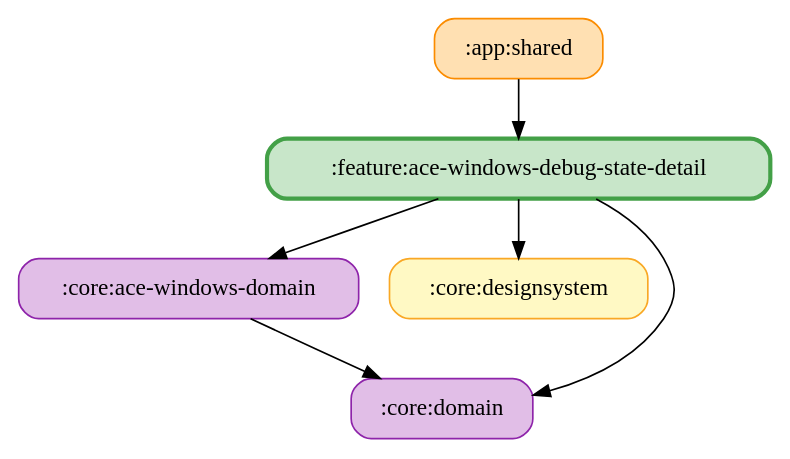
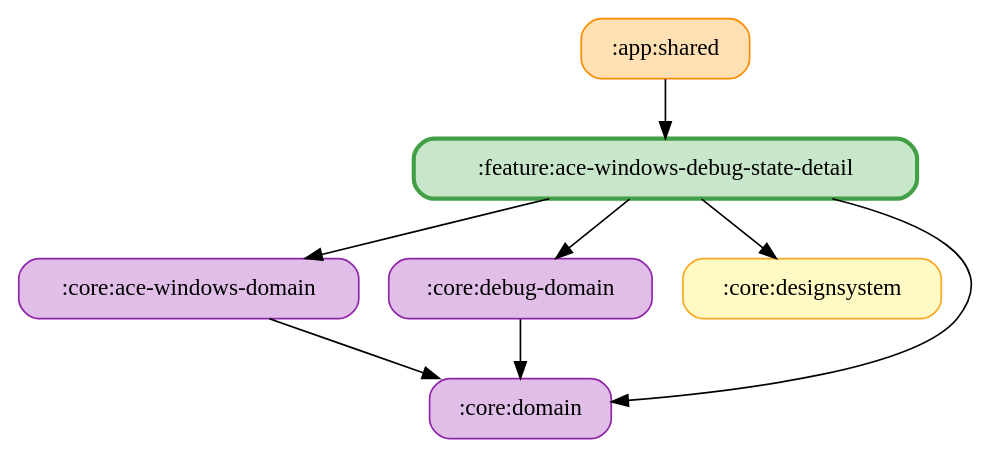
The diagram in docs/graphs/feature-ace-windows-debug-state-detail.gv (ai-kurou/KoDriver), drawn with Graphviz before and after one commit. The commit also changed 31 other files, not shown here.

Commit message:
chore: update module graph images

```diff
--- a/docs/graphs/feature-ace-windows-debug-state-detail.gv
+++ b/docs/graphs/feature-ace-windows-debug-state-detail.gv
@@ -1,14 +1,17 @@
 digraph G {
   rankdir=TB
   node [shape=box, style="rounded,filled"]
   ":app:shared" [fillcolor="#FFE0B2", color="#FB8C00", penwidth=1]
   ":core:ace-windows-domain" [fillcolor="#E1BEE7", color="#8E24AA", penwidth=1]
+  ":core:debug-domain" [fillcolor="#E1BEE7", color="#8E24AA", penwidth=1]
   ":core:designsystem" [fillcolor="#FFF9C4", color="#F9A825", penwidth=1]
   ":core:domain" [fillcolor="#E1BEE7", color="#8E24AA", penwidth=1]
   ":feature:ace-windows-debug-state-detail" [fillcolor="#C8E6C9", color="#43A047", penwidth=2.5]
   ":app:shared" -> ":feature:ace-windows-debug-state-detail"
   ":core:ace-windows-domain" -> ":core:domain"
+  ":core:debug-domain" -> ":core:domain"
   ":feature:ace-windows-debug-state-detail" -> ":core:domain"
   ":feature:ace-windows-debug-state-detail" -> ":core:designsystem"
+  ":feature:ace-windows-debug-state-detail" -> ":core:debug-domain"
   ":feature:ace-windows-debug-state-detail" -> ":core:ace-windows-domain"
 }
```
